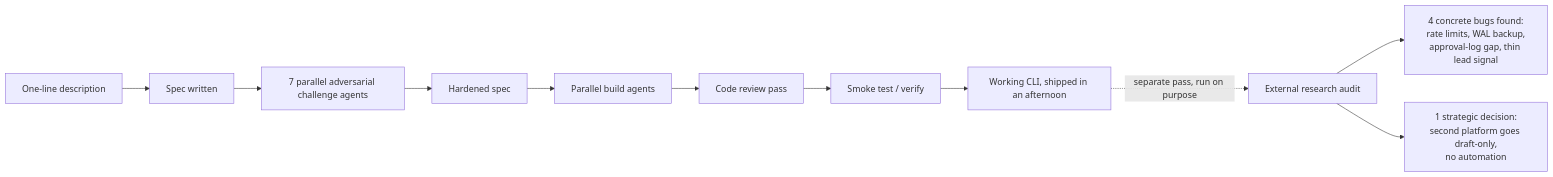
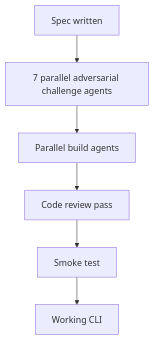
Before and after one commit to preston-bernstein/pres-ber-blog: the diagram in content/english/blog/auditing-what-an-agent-pipeline-shipped-in-an-afternoon.md, drawn with Mermaid. The commit also changed other lines of this file and 31 other files, not shown here.

````diff
--- a/content/english/blog/auditing-what-an-agent-pipeline-shipped-in-an-afternoon.md
+++ b/content/english/blog/auditing-what-an-agent-pipeline-shipped-in-an-afternoon.md
@@ -43,13 +27,8 @@
 ```mermaid
-flowchart LR
-    A[One-line description] --> B[Spec written]
-    B --> C[7 parallel adversarial challenge agents]
-    C --> D[Hardened spec]
-    D --> E[Parallel build agents]
-    E --> F[Code review pass]
-    F --> G[Smoke test / verify]
-    G --> H[Working CLI, shipped in an afternoon]
-    H -.->|separate pass, run on purpose| I[External research audit]
-    I --> J["4 concrete bugs found:<br/>rate limits, WAL backup,<br/>approval-log gap, thin lead signal"]
-    I --> K["1 strategic decision:<br/>second platform goes draft-only,<br/>no automation"]
+flowchart TD
+    A[Spec written] --> B[7 parallel adversarial challenge agents]
+    B --> C[Parallel build agents]
+    C --> D[Code review pass]
+    D --> E[Smoke test]
+    E --> F[Working CLI]
 ```
````
